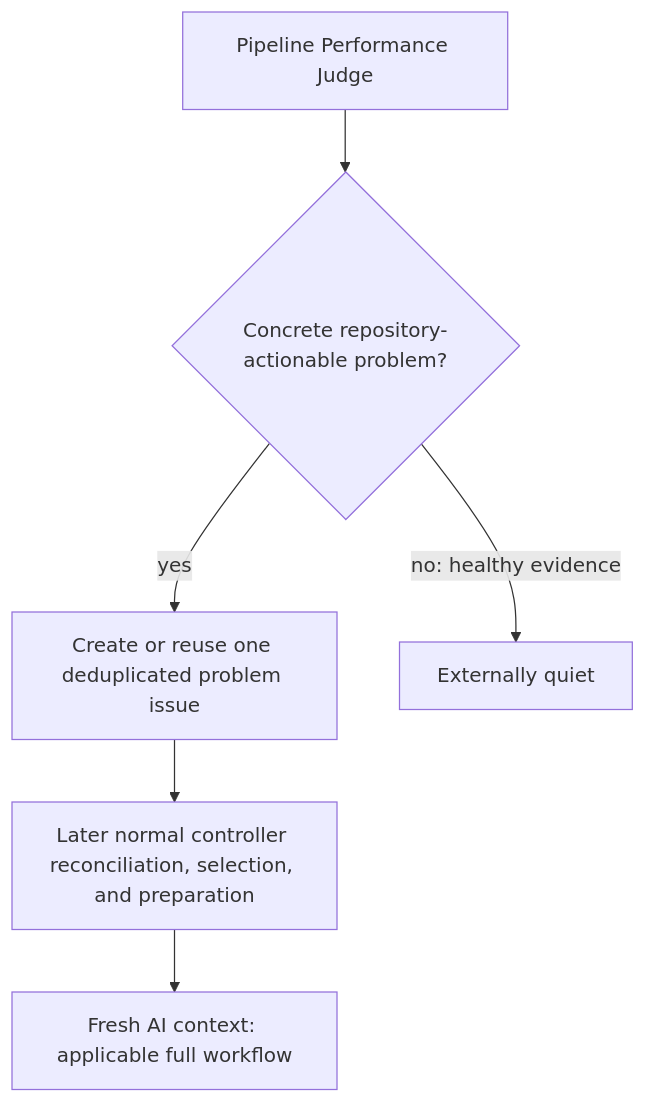
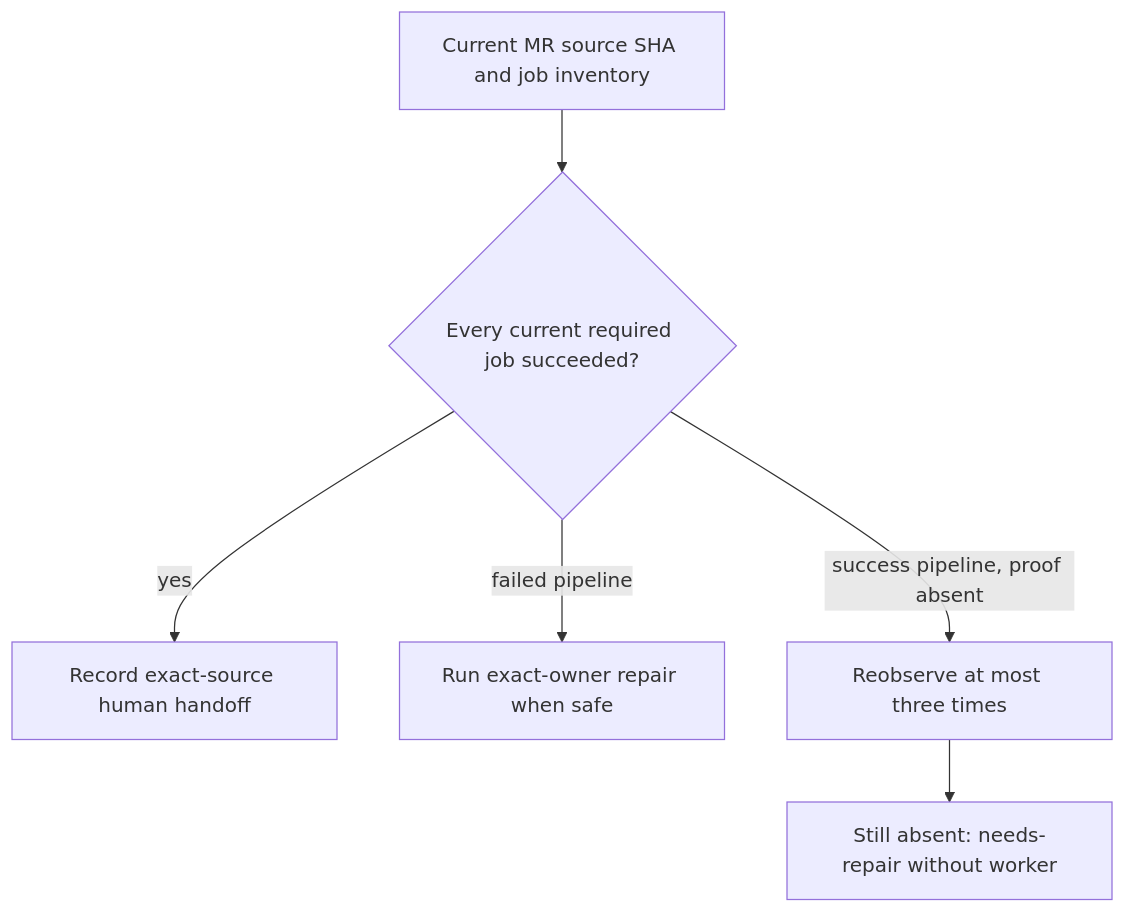
Before and after one commit to dfwguy/nvis-ova-agentic-copier: the fourth of 5 diagrams in docs/explanation/agentic-workflow.md, drawn with Mermaid. The commit also changed other lines of this file and 43 other files, not shown here.

Commit message:
fix: reconcile exact required pipeline jobs without duration gate (#259)

````diff
--- a/docs/explanation/agentic-workflow.md
+++ b/docs/explanation/agentic-workflow.md
@@ -380,8 +389,8 @@
 ```mermaid
 flowchart TD
-    judgeentry["Pipeline Performance Judge"] --> actionable{"Concrete repository-actionable problem?"}
-    actionable -- "yes" --> issue["Create or reuse one deduplicated problem issue"]
-    issue --> later["Later normal controller reconciliation, selection, and preparation"]
-    later --> freshworkflow["Fresh AI context: applicable full workflow"]
-    actionable -- "no: healthy evidence" --> quiet["Externally quiet"]
+    observation["Current MR source SHA and job inventory"] --> required{"Every current required job succeeded?"}
+    required -- "yes" --> handoff["Record exact-source human handoff"]
+    required -- "failed pipeline" --> repair["Run exact-owner repair when safe"]
+    required -- "success pipeline, proof absent" --> wait["Reobserve at most three times"]
+    wait --> review["Still absent: needs-repair without worker"]
 ```
````
